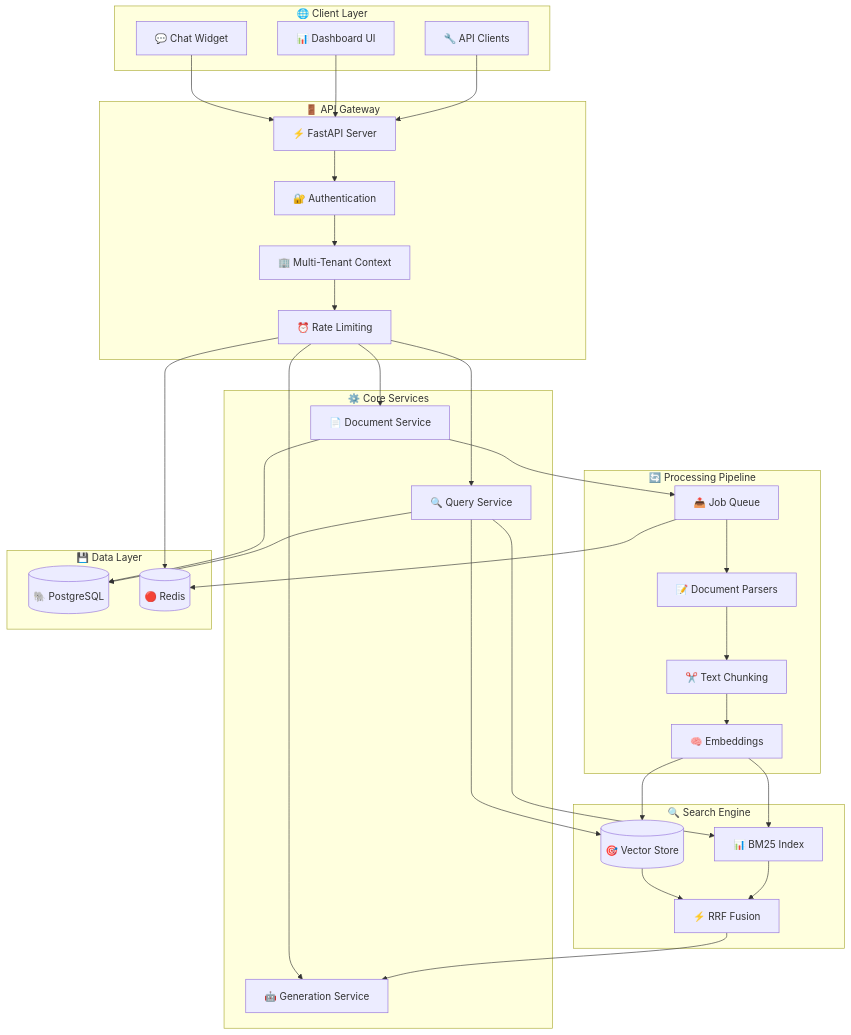
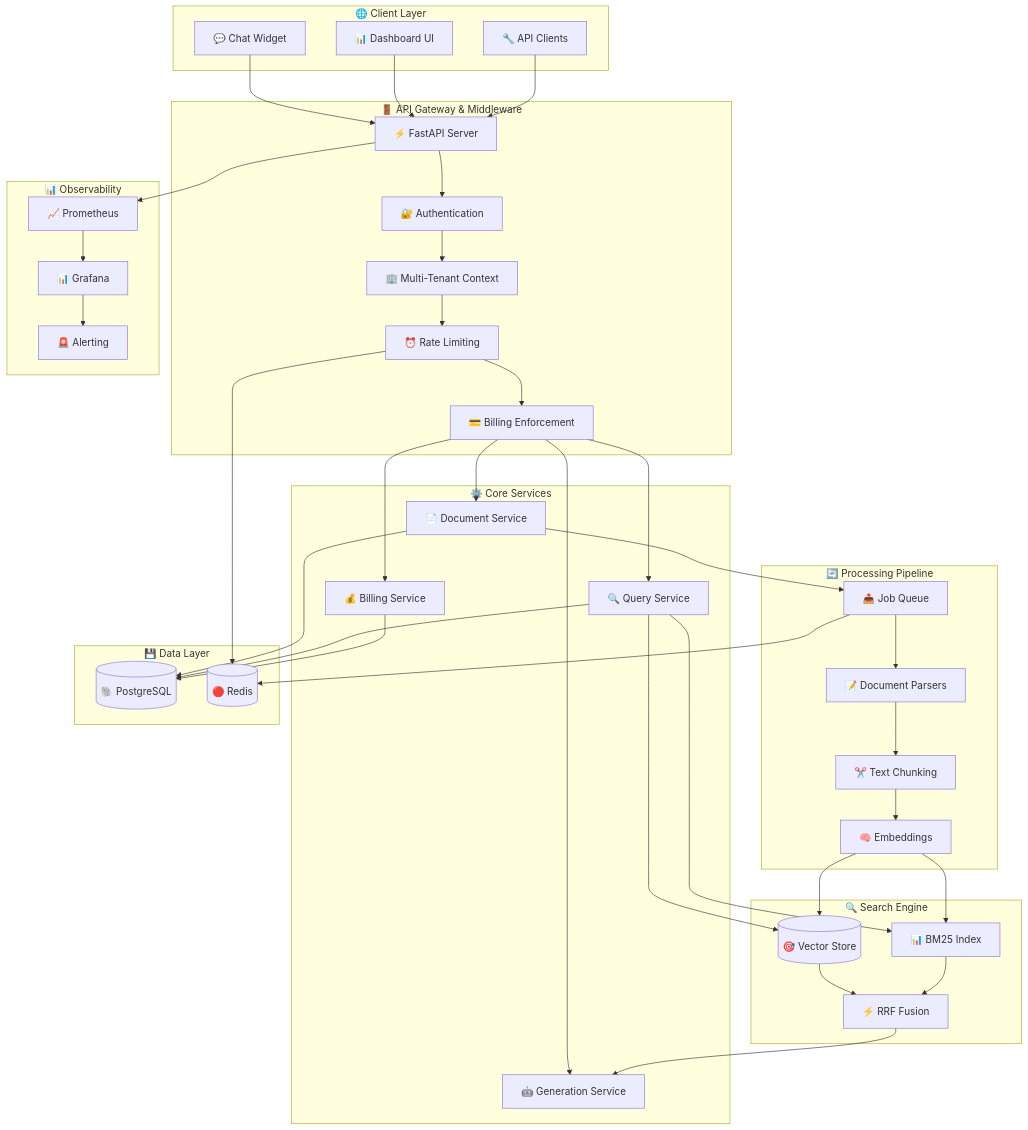
The diagram in README.md (tusharpawar1217/LLM-RAG-Project), drawn with Mermaid before and after one commit. The commit also changed other lines of this file and 13 other files, not shown here.

````diff
--- a/README.md
+++ b/README.md
@@ -70,59 +72,70 @@
 ```mermaid
 graph TB
     subgraph "🌐 Client Layer"
         W[💬 Chat Widget]
         D[📊 Dashboard UI]
         API[🔧 API Clients]
     end
     
-    subgraph "🚪 API Gateway"
+    subgraph "🚪 API Gateway & Middleware"
         FASTAPI[⚡ FastAPI Server]
         AUTH[🔐 Authentication]
         TENANT[🏢 Multi-Tenant Context]
         RATE[⏰ Rate Limiting]
+        BILLING[💳 Billing Enforcement]
     end
     
     subgraph "⚙️ Core Services"
         DOC[📄 Document Service]
         QUERY[🔍 Query Service]
         GEN[🤖 Generation Service]
+        BILL[💰 Billing Service]
     end
     
     subgraph "🔄 Processing Pipeline"
         PARSE[📝 Document Parsers]
         CHUNK[✂️ Text Chunking]
         EMBED[🧠 Embeddings]
         QUEUE[📤 Job Queue]
     end
     
     subgraph "🔍 Search Engine"
         VECTOR[(🎯 Vector Store)]
         BM25[📊 BM25 Index]
         FUSION[⚡ RRF Fusion]
     end
     
     subgraph "💾 Data Layer"
         PG[(🐘 PostgreSQL)]
         REDIS[(🔴 Redis)]
     end
     
+    subgraph "📊 Observability"
+        PROM[📈 Prometheus]
+        GRAF[📊 Grafana]
+        ALERT[🚨 Alerting]
+    end
+    
     W --> FASTAPI
     D --> FASTAPI
     API --> FASTAPI
     
-    FASTAPI --> AUTH --> TENANT --> RATE
-    RATE --> DOC & QUERY & GEN
+    FASTAPI --> AUTH --> TENANT --> RATE --> BILLING
+    BILLING --> DOC & QUERY & GEN & BILL
     
     DOC --> QUEUE --> PARSE --> CHUNK --> EMBED
     EMBED --> VECTOR & BM25
     
     QUERY --> VECTOR & BM25
     VECTOR --> FUSION
     BM25 --> FUSION
     FUSION --> GEN
     
     DOC --> PG
     QUERY --> PG
+    BILL --> PG
     QUEUE --> REDIS
     RATE --> REDIS
+    
+    FASTAPI --> PROM --> GRAF --> ALERT
 ```
````
